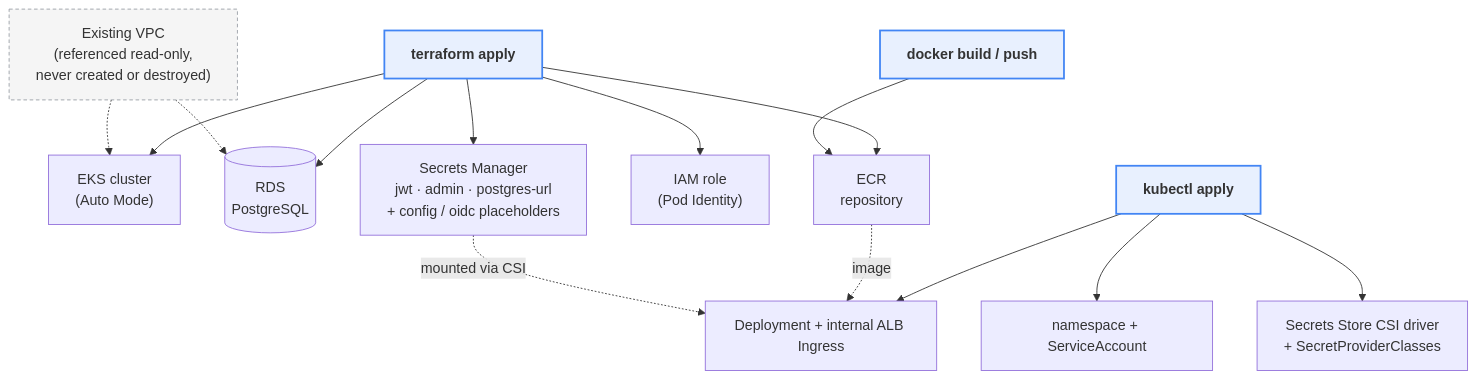
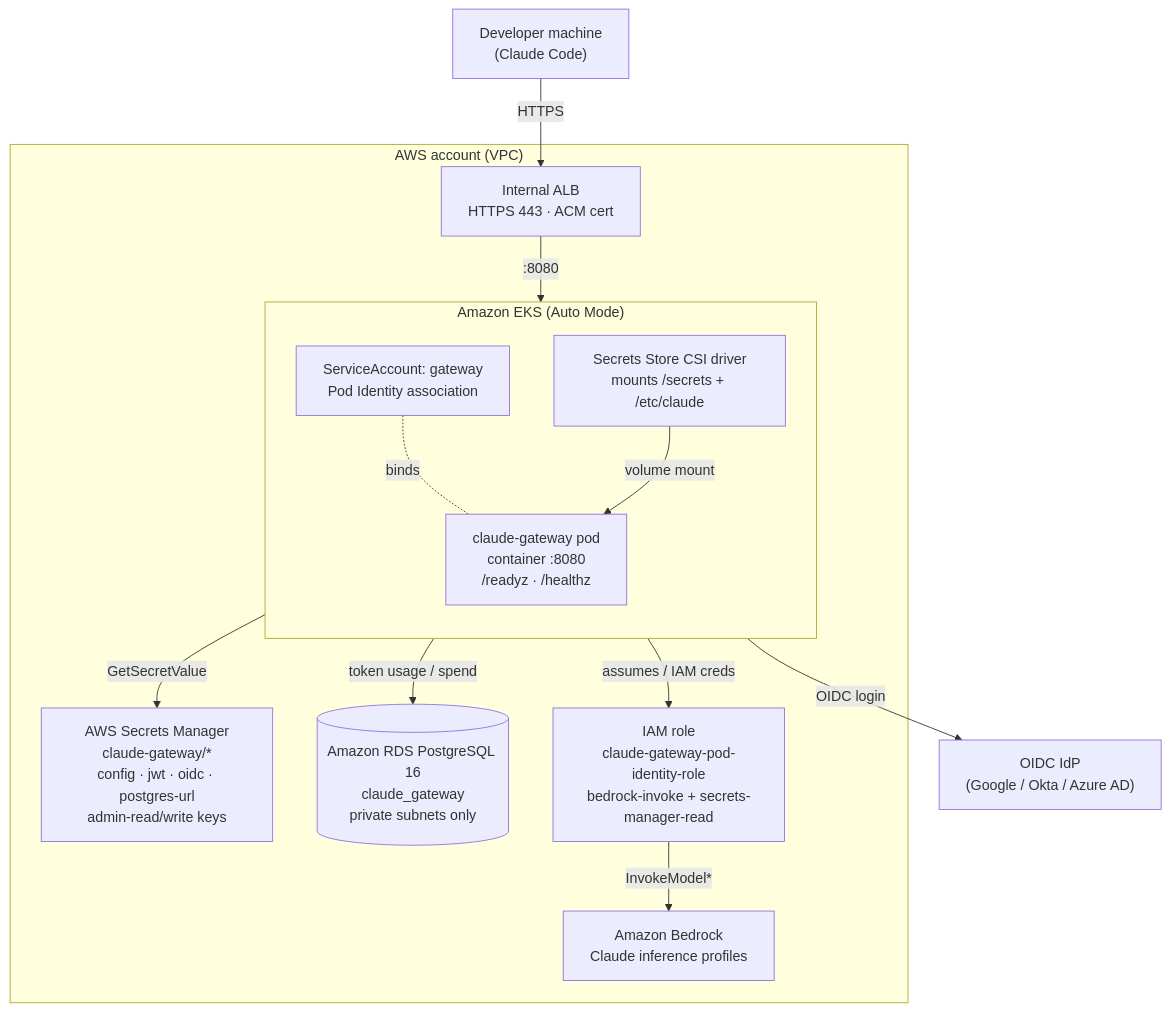
One commit to alickwong/claude-gateway-on-aws changed the diagram in README.md. Above: the diagram before and after it, drawn with Mermaid.

Commit message:
README: replace deployment-flow diagram with runtime architecture
Show how the solution works at runtime (developer -> internal ALB -> pod
-> Bedrock / OIDC IdP / RDS / Secrets Manager) instead of the Terraform
provisioning flow.

````diff
--- a/README.md
+++ b/README.md
@@ -16,26 +16,32 @@
 ```mermaid
 flowchart TB
-    tf["<b>terraform apply</b>"]
-    tf --> eks["EKS cluster<br/>(Auto Mode)"]
-    tf --> rds[("RDS<br/>PostgreSQL")]
-    tf --> ecr["ECR<br/>repository"]
-    tf --> iam["IAM role<br/>(Pod Identity)"]
-    tf --> sm["Secrets Manager<br/>jwt · admin · postgres-url<br/>+ config / oidc placeholders"]
+    dev["Developer machine<br/>(Claude Code)"]
 
-    build["<b>docker build / push</b>"] --> ecr
+    subgraph aws["AWS account (VPC)"]
+        alb["Internal ALB<br/>HTTPS 443 · ACM cert"]
 
-    kubectl["<b>kubectl apply</b>"]
-    kubectl --> ns["namespace + ServiceAccount"]
-    kubectl --> csi["Secrets Store CSI driver<br/>+ SecretProviderClasses"]
-    kubectl --> workload["Deployment + internal ALB Ingress"]
+        subgraph eks["Amazon EKS (Auto Mode)"]
+            direction TB
+            sa["ServiceAccount: gateway<br/>Pod Identity association"]
+            pod["claude-gateway pod<br/>container :8080<br/>/readyz · /healthz"]
+            csi["Secrets Store CSI driver<br/>mounts /secrets + /etc/claude"]
+            sa -.binds.- pod
+            csi -->|volume mount| pod
+        end
 
-    ecr -.image.-> workload
-    sm -.mounted via CSI.-> workload
-    vpc["Existing VPC<br/>(referenced read-only,<br/>never created or destroyed)"] -.-> eks
-    vpc -.-> rds
+        sm["AWS Secrets Manager<br/>claude-gateway/*<br/>config · jwt · oidc · postgres-url<br/>admin-read/write keys"]
+        rds[("Amazon RDS PostgreSQL 16<br/>claude_gateway<br/>private subnets only")]
+        iam["IAM role<br/>claude-gateway-pod-identity-role<br/>bedrock-invoke + secrets-manager-read"]
+        bedrock["Amazon Bedrock<br/>Claude inference profiles"]
+    end
 
-    classDef step fill:#e8f0fe,stroke:#4285f4,stroke-width:2px;
-    classDef ext fill:#f5f5f5,stroke:#9aa0a6,stroke-dasharray:4 3;
-    class tf,build,kubectl step;
-    class vpc ext;
+    idp["OIDC IdP<br/>(Google / Okta / Azure AD)"]
+
+    dev -->|HTTPS| alb
+    alb -->|:8080| pod
+    pod -->|OIDC login| idp
+    pod -->|token usage / spend| rds
+    csi -->|GetSecretValue| sm
+    pod -->|assumes / IAM creds| iam
+    iam -->|InvokeModel*| bedrock
 ```
````
